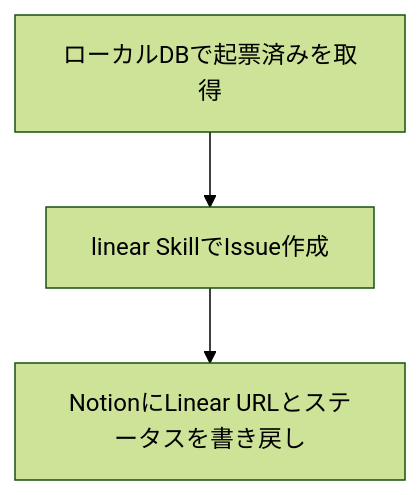
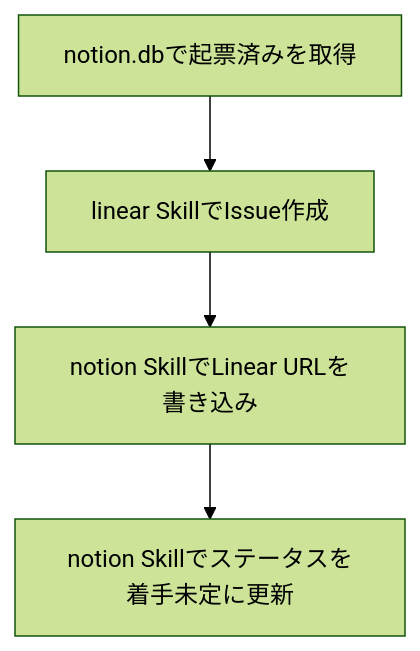
Before and after one commit to ac-nakamura-y/.claude: the diagram in skills/notion2linear/SKILL.md, drawn with Mermaid (forest theme). The commit also changed other lines of this file and 9 other files, not shown here.

First line of the commit message:
Restore notion skill and limit notion2linear to markeOps workflow.

````diff
--- a/skills/notion2linear/SKILL.md
+++ b/skills/notion2linear/SKILL.md
@@ -12,5 +36,6 @@
 ```mermaid
 flowchart TD
-  readDb[ローカルDBで起票済みを取得] --> createLinear[linear SkillでIssue作成]
-  createLinear --> writeNotion[NotionにLinear URLとステータスを書き戻し]
+  readDb[notion.dbで起票済みを取得] --> createLinear[linear SkillでIssue作成]
+  createLinear --> writeLinear[notion SkillでLinear URLを書き込み]
+  writeLinear --> writeStatus[notion Skillでステータスを着手未定に更新]
 ```
````
